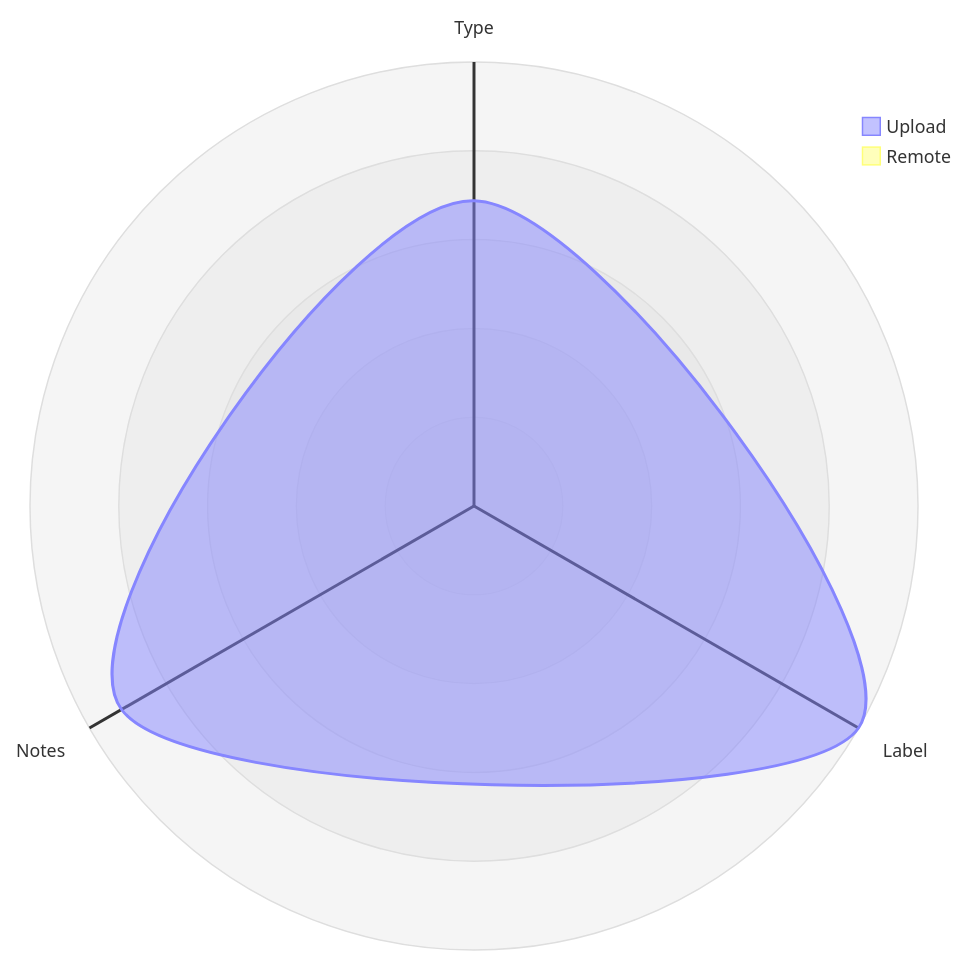
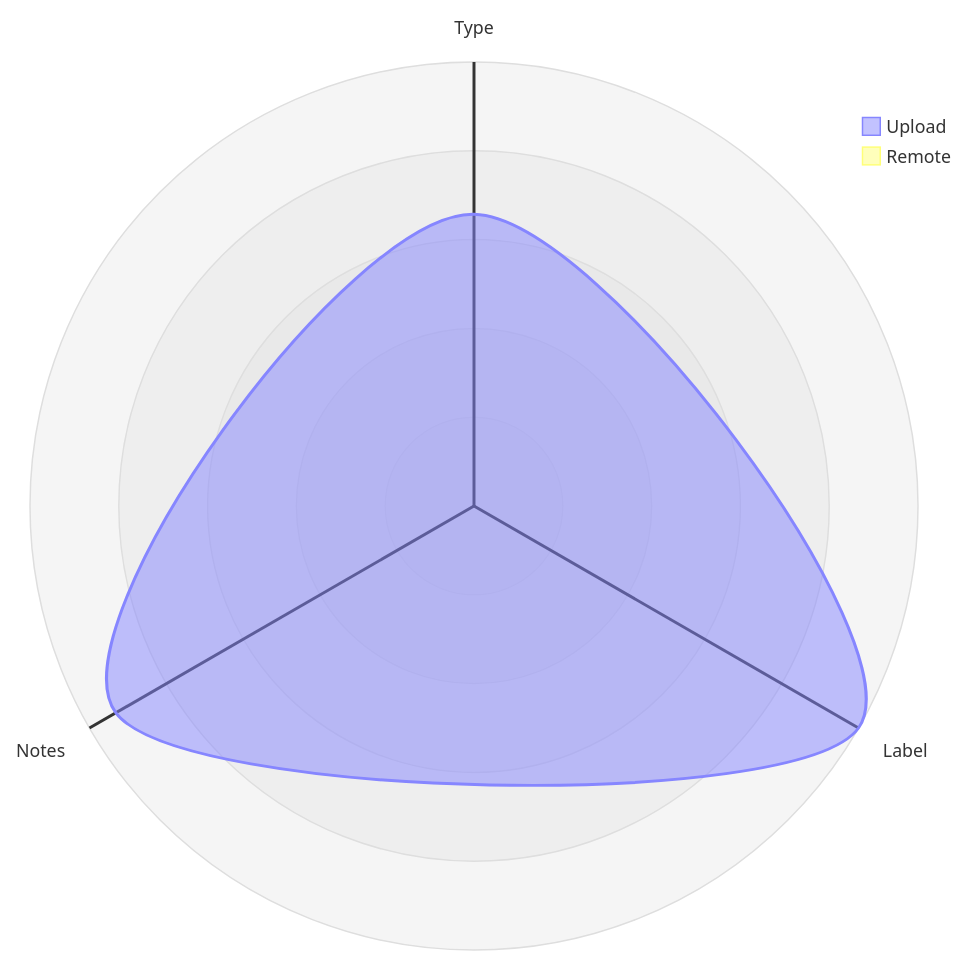
Before and after one commit to open-data/analytics-corporate-reporting: the third of 5 diagrams in datastore_tracker/README.md, drawn with Mermaid. The commit also changed other lines of this file and 12 other files, not shown here.

````diff
--- a/datastore_tracker/README.md
+++ b/datastore_tracker/README.md
@@ -107,12 +107,12 @@
 ```mermaid
 radar-beta
   axis T["Type"], L["Label"], N["Notes"]
-  curve u["Upload"]{0.00066, 0.00096, 0.00088}
+  curve u["Upload"]{0.00067, 0.00102, 0.00095}
   curve r["Remote"]{0, 0, 0}
 
   showLegend true
 
   min 0
   graticule circle
   ticks 5
 ```
````
